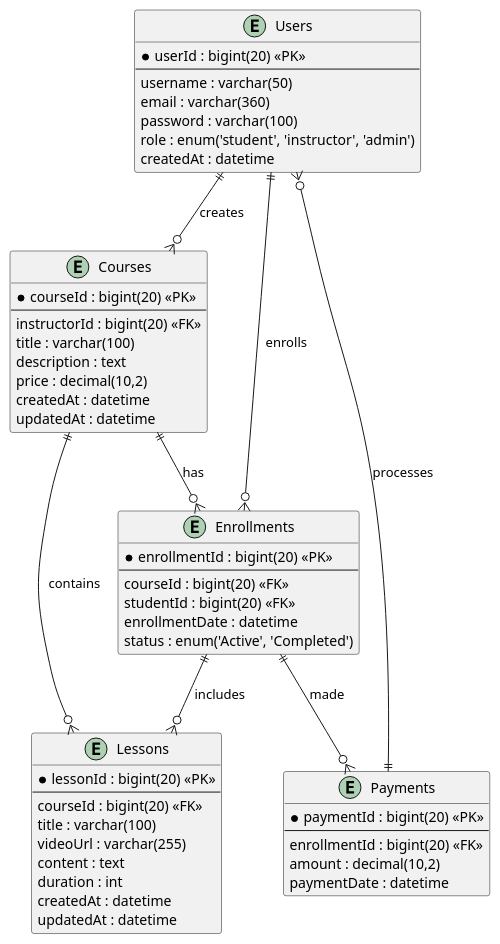
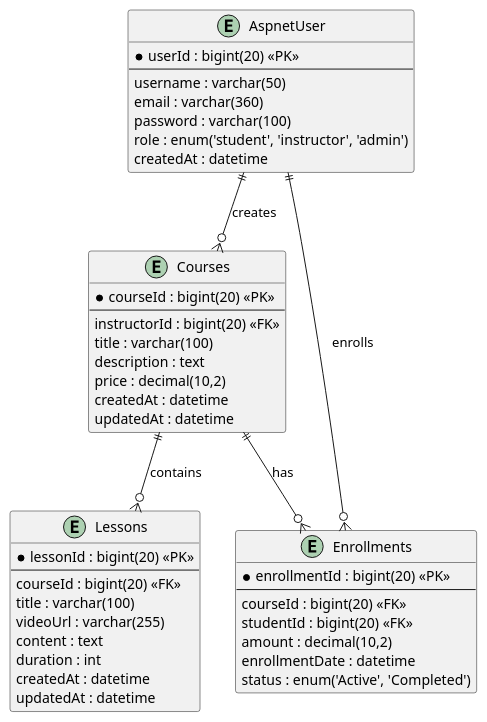
The diagram in docs/er-diagram-plantuml.wsd (hdcola/UpSkillz), drawn with PlantUML before and after one commit. The commit also changed 2 other files, not shown here.

Commit message:
Model Courses

```diff
--- a/docs/er-diagram-plantuml.wsd
+++ b/docs/er-diagram-plantuml.wsd
@@ -1,64 +1,54 @@
 @startuml
 
 ' Define entities for the online course marketplace
 
-entity Users {
+entity AspnetUser {
   * userId : bigint(20) <<PK>>
   --
   username : varchar(50)
   email : varchar(360)
   password : varchar(100)
   role : enum('student', 'instructor', 'admin')
   createdAt : datetime
 }
 
 entity Courses {
   * courseId : bigint(20) <<PK>>
   --
   instructorId : bigint(20) <<FK>>
   title : varchar(100)
   description : text
   price : decimal(10,2)
   createdAt : datetime
   updatedAt : datetime
 }
 
 entity Enrollments {
   * enrollmentId : bigint(20) <<PK>>
   --
   courseId : bigint(20) <<FK>>
   studentId : bigint(20) <<FK>>
+  amount : decimal(10,2)  
   enrollmentDate : datetime
   status : enum('Active', 'Completed')
 }
 
 entity Lessons {
   * lessonId : bigint(20) <<PK>>
   --
   courseId : bigint(20) <<FK>>
   title : varchar(100)
   videoUrl : varchar(255)
   content : text
   duration : int
   createdAt : datetime
   updatedAt : datetime
 }
 
-entity Payments {
-  * paymentId : bigint(20) <<PK>>
-  --
-  enrollmentId : bigint(20) <<FK>>
-  amount : decimal(10,2)
-  paymentDate : datetime
-}
-
 ' Define relationships between entities
-Users ||--o{ Courses : creates
-Users ||--o{ Enrollments : enrolls
+AspnetUser ||--o{ Courses : creates
+AspnetUser ||--o{ Enrollments : enrolls
 Courses ||--o{ Enrollments : has
 Courses ||--o{ Lessons : contains
-Enrollments ||--o{ Lessons : includes
-Enrollments ||--o{ Payments : made
-Payments ||--o{ Users : processes
 
 @enduml
```
